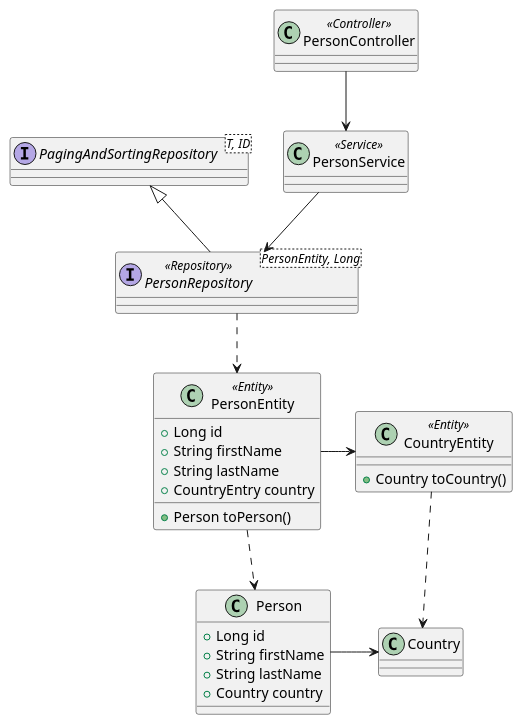
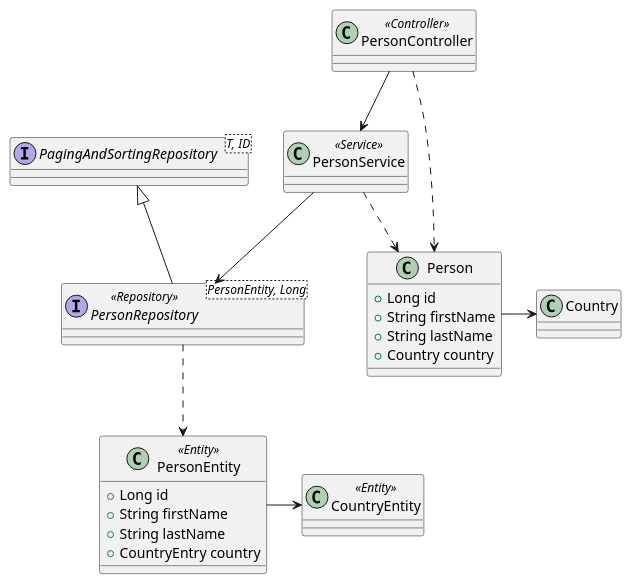
One commit to laminba2003/quarkus-rest-services changed the fourth of 5 diagrams in src/main/asciidoc/index.adoc. Above: the diagram before and after it, drawn with PlantUML. The commit also changed other lines of this file and 9 other files, not shown here.

```diff
--- a/src/main/asciidoc/index.adoc
+++ b/src/main/asciidoc/index.adoc
@@ -178,48 +186,45 @@
 [plantuml, GetPersons-class-diagram, png]
 ----
 class Person {
   + Long id
   + String firstName
   + String lastName
   + Country country
 }
 
 class Country {
 }
 
 class PersonEntity <<Entity>> {
   + Long id
   + String firstName
   + String lastName
   + CountryEntry country
-  + Person toPerson()
 }
 
 class CountryEntity <<Entity>> {
-  + Country toCountry()
 }
 
 
 interface PersonRepository<PersonEntity, Long> <<Repository>> {
 }
 
 interface PagingAndSortingRepository<T, ID> {
 }
 
 class PersonService <<Service>> {
 }
 
 class PersonController <<Controller>> {
 }
 
 
-PersonEntity ..> Person
 PersonEntity -> CountryEntity
-CountryEntity ..> Country
 Person -> Country
 PersonRepository ..> PersonEntity
 PagingAndSortingRepository <|-- PersonRepository
 PersonService --> PersonRepository
 PersonController --> PersonService
-
+PersonService ..> Person
+PersonController ..> Person
 ----
```
